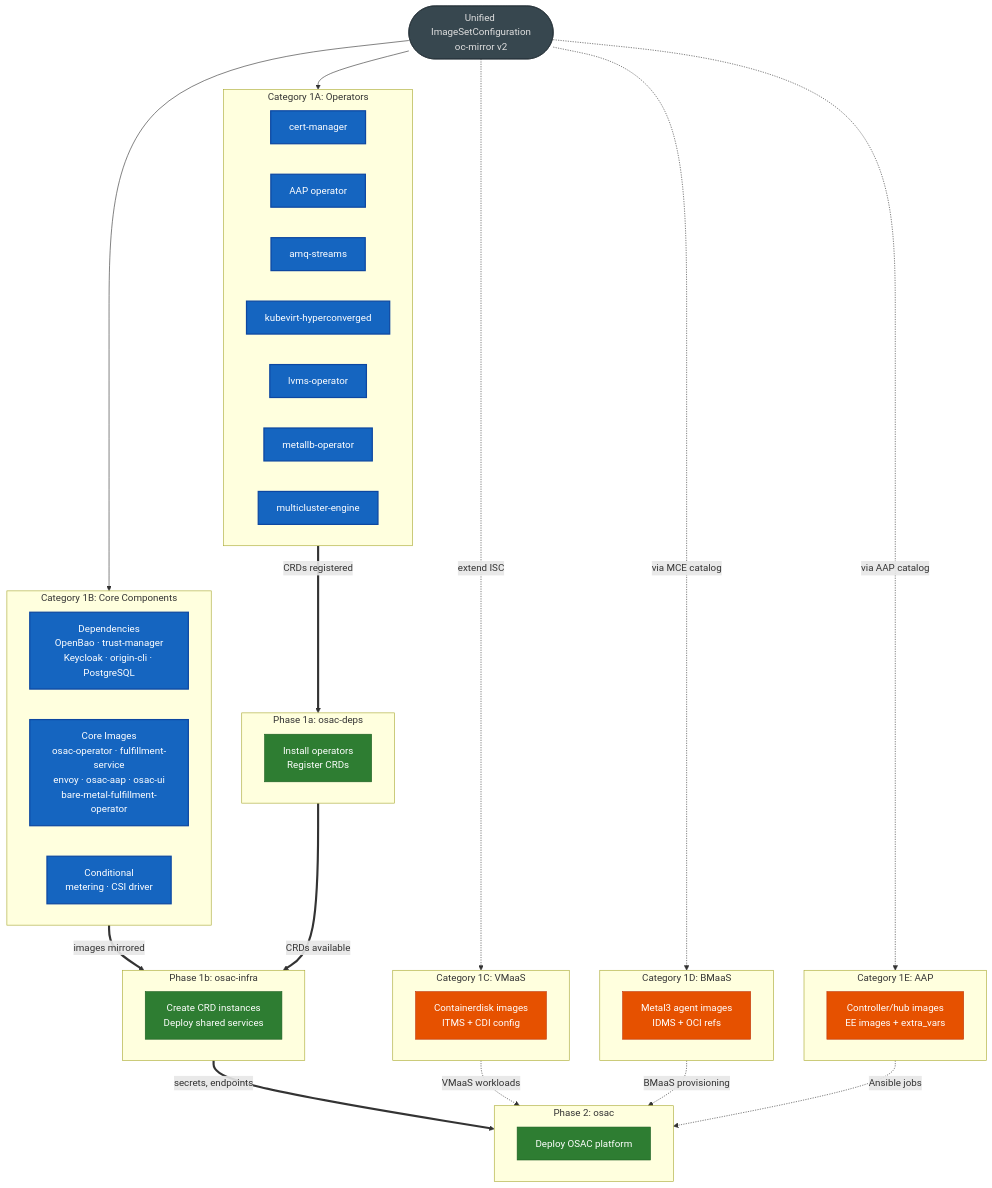
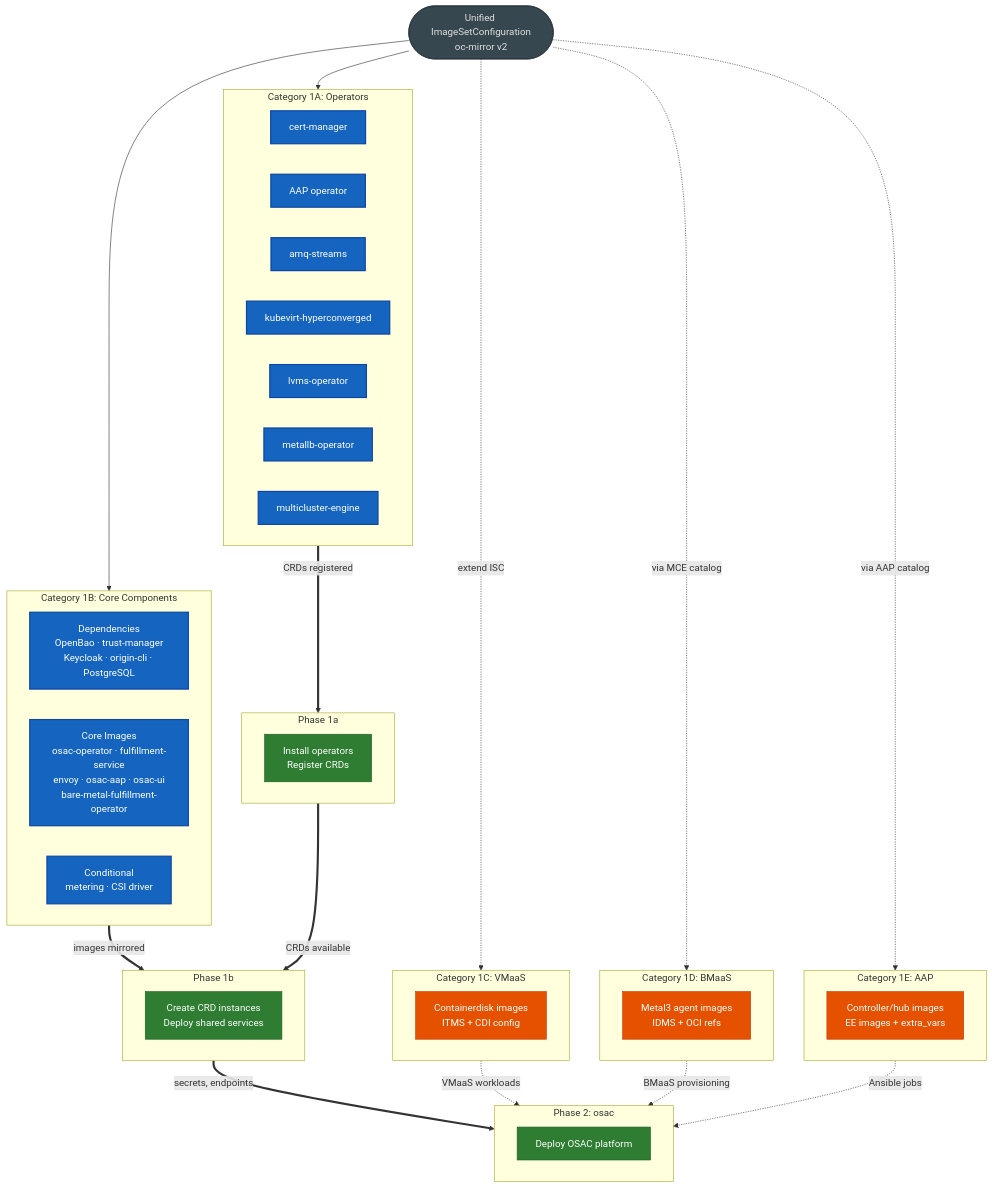
The diagram in osac-installer/docs/disconnected/README.md (osac-project/osac), drawn with Mermaid before and after one commit. The commit also changed other lines of this file and 5 other files, not shown here.

````diff
--- a/osac-installer/docs/disconnected/README.md
+++ b/osac-installer/docs/disconnected/README.md
@@ -98,67 +92,67 @@
 ```mermaid
 flowchart TD
     classDef catStyle fill:#1565c0,color:#fff,stroke:#0d47a1,stroke-width:2px
     classDef phaseStyle fill:#2e7d32,color:#fff,stroke:#1b5e20
     classDef svcStyle fill:#e65100,color:#fff,stroke:#bf360c
     classDef toolStyle fill:#37474f,color:#e0e0e0,stroke:#263238
 
     ISC(["Unified ImageSetConfiguration<br/>oc-mirror v2"]):::toolStyle
 
     ISC --> CAT_1A
     ISC --> CAT_1B
 
     subgraph CAT_1A["Category 1A: Operators"]
         OP1["cert-manager"]:::catStyle
         OP2["AAP operator"]:::catStyle
         OP3["amq-streams"]:::catStyle
         OP4["kubevirt-hyperconverged"]:::catStyle
         OP5["lvms-operator"]:::catStyle
         OP6["metallb-operator"]:::catStyle
         OP7["multicluster-engine"]:::catStyle
     end
 
     subgraph CAT_1B["Category 1B: Core Components"]
         DEP["Dependencies<br/>OpenBao · trust-manager<br/>Keycloak · origin-cli · PostgreSQL"]:::catStyle
         CORE["Core Images<br/>osac-operator · fulfillment-service<br/>envoy · osac-aap · osac-ui<br/>bare-metal-fulfillment-operator"]:::catStyle
         COND["Conditional<br/>metering · CSI driver"]:::catStyle
     end
 
     CAT_1A ==>|"CRDs registered"| PHASE_1A
     CAT_1B ==>|"images mirrored"| PHASE_1B
 
-    subgraph PHASE_1A["Phase 1a: osac-deps"]
+    subgraph PHASE_1A["Phase 1a"]
         P1A["Install operators<br/>Register CRDs"]:::phaseStyle
     end
 
     PHASE_1A ==>|"CRDs available"| PHASE_1B
 
-    subgraph PHASE_1B["Phase 1b: osac-infra"]
+    subgraph PHASE_1B["Phase 1b"]
         P1B["Create CRD instances<br/>Deploy shared services"]:::phaseStyle
     end
 
     PHASE_1B ==>|"secrets, endpoints"| PHASE_2
 
     subgraph PHASE_2["Phase 2: osac"]
         P2["Deploy OSAC platform"]:::phaseStyle
     end
 
     ISC -.->|"extend ISC"| CAT_1C
     ISC -.->|"via MCE catalog"| CAT_1D
     ISC -.->|"via AAP catalog"| CAT_1E
 
     subgraph CAT_1C["Category 1C: VMaaS"]
         VM["Containerdisk images<br/>ITMS + CDI config"]:::svcStyle
     end
 
     subgraph CAT_1D["Category 1D: BMaaS"]
         BM["Metal3 agent images<br/>IDMS + OCI refs"]:::svcStyle
     end
 
     subgraph CAT_1E["Category 1E: AAP"]
         AAP["Controller/hub images<br/>EE images + extra_vars"]:::svcStyle
     end
 
     CAT_1C -.->|"VMaaS workloads"| PHASE_2
     CAT_1D -.->|"BMaaS provisioning"| PHASE_2
     CAT_1E -.->|"Ansible jobs"| PHASE_2
 ```
````
